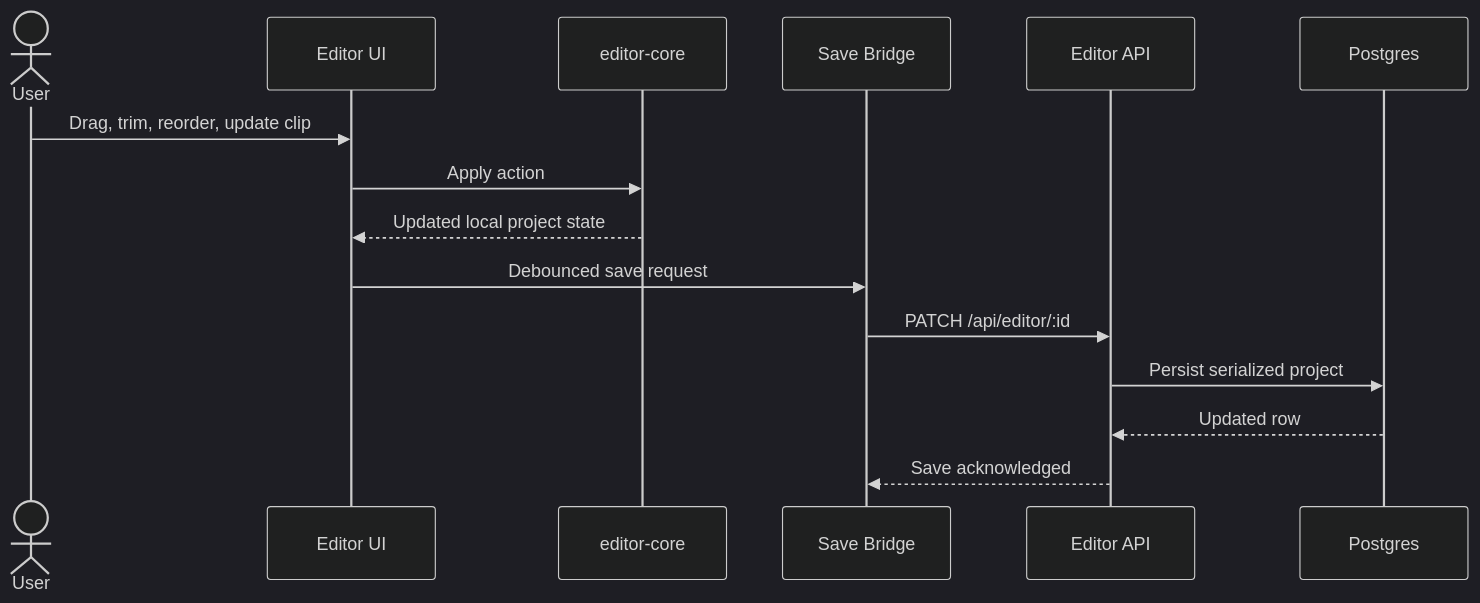
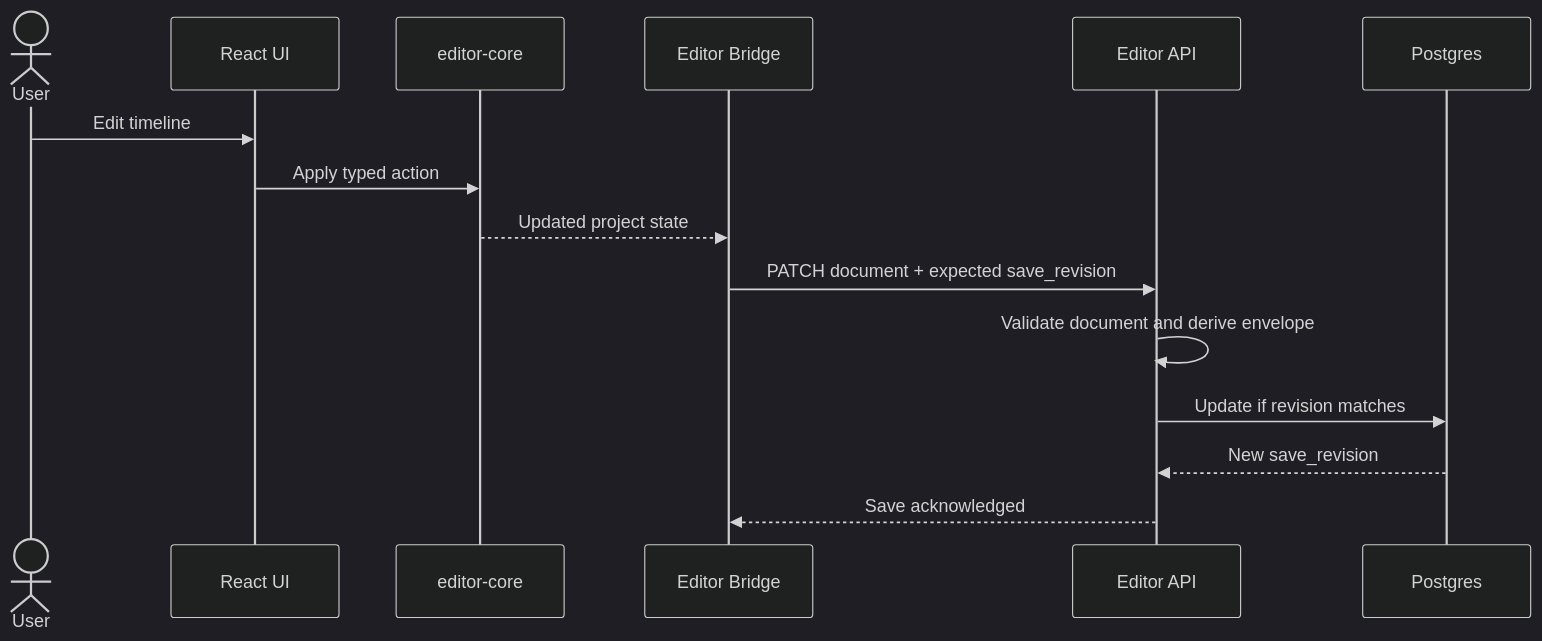
Before and after one commit to KennethAtchon/ContentAI: the second of 3 diagrams in docs/plans/hld-editor.md, drawn with Mermaid (dark theme). The commit also changed other lines of this file and 14 other files, not shown here.

````diff
--- a/docs/plans/hld-editor.md
+++ b/docs/plans/hld-editor.md
@@ -280,18 +488,18 @@
 ```mermaid
 sequenceDiagram
     actor User
-    participant UI as Editor UI
+    participant UI as React UI
     participant Core as editor-core
-    participant FE as Save Bridge
+    participant Bridge as Editor Bridge
     participant API as Editor API
     participant DB as Postgres
 
-    User->>UI: Drag, trim, reorder, update clip
-    UI->>Core: Apply action
-    Core-->>UI: Updated local project state
-    UI->>FE: Debounced save request
-    FE->>API: PATCH /api/editor/:id
-    API->>DB: Persist serialized project
-    DB-->>API: Updated row
-    API-->>FE: Save acknowledged
+    User->>UI: Edit timeline
+    UI->>Core: Apply typed action
+    Core-->>Bridge: Updated project state
+    Bridge->>API: PATCH document + expected save_revision
+    API->>API: Validate document and derive envelope
+    API->>DB: Update if revision matches
+    DB-->>API: New save_revision
+    API-->>Bridge: Save acknowledged
 ```
````
